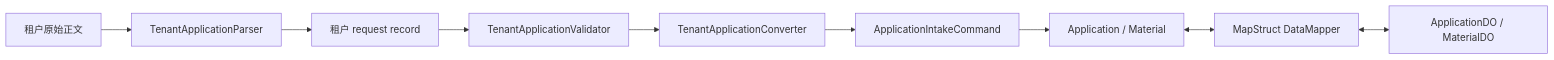
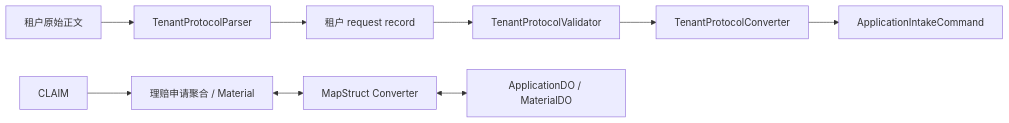
Before and after one commit to wangguangwu/claim-integration-platform: the third of 4 diagrams in specs/003-application-intake/design.md, drawn with Mermaid. The commit also changed other lines of this file and 299 other files, not shown here.

````diff
--- a/specs/003-application-intake/design.md
+++ b/specs/003-application-intake/design.md
@@ -175,11 +197,11 @@
 ```mermaid
 flowchart LR
-    TENANT_PAYLOAD["租户原始正文"] --> PARSER["TenantApplicationParser"]
+    TENANT_PAYLOAD["租户原始正文"] --> PARSER["TenantProtocolParser"]
     PARSER --> TENANT_DTO["租户 request record"]
-    TENANT_DTO --> VALIDATOR["TenantApplicationValidator"]
-    VALIDATOR --> CONVERTER["TenantApplicationConverter"]
+    TENANT_DTO --> VALIDATOR["TenantProtocolValidator"]
+    VALIDATOR --> CONVERTER["TenantProtocolConverter"]
     CONVERTER --> COMMAND["ApplicationIntakeCommand"]
-    COMMAND --> DOMAIN["Application / Material"]
-    DOMAIN <--> DATA_MAPPER["MapStruct DataMapper"]
+    CLAIM --> DOMAIN["理赔申请聚合 / Material"]
+    DOMAIN <--> DATA_MAPPER["MapStruct Converter"]
     DATA_MAPPER <--> DO["ApplicationDO / MaterialDO"]
 ```
````
